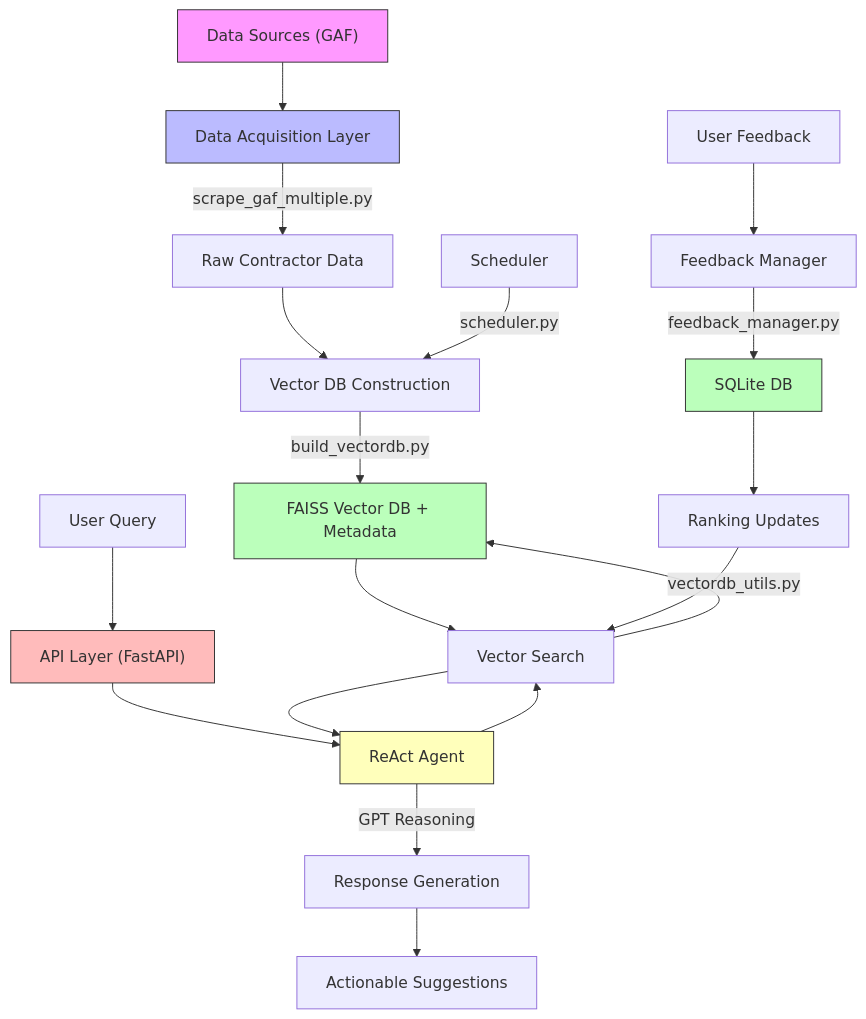
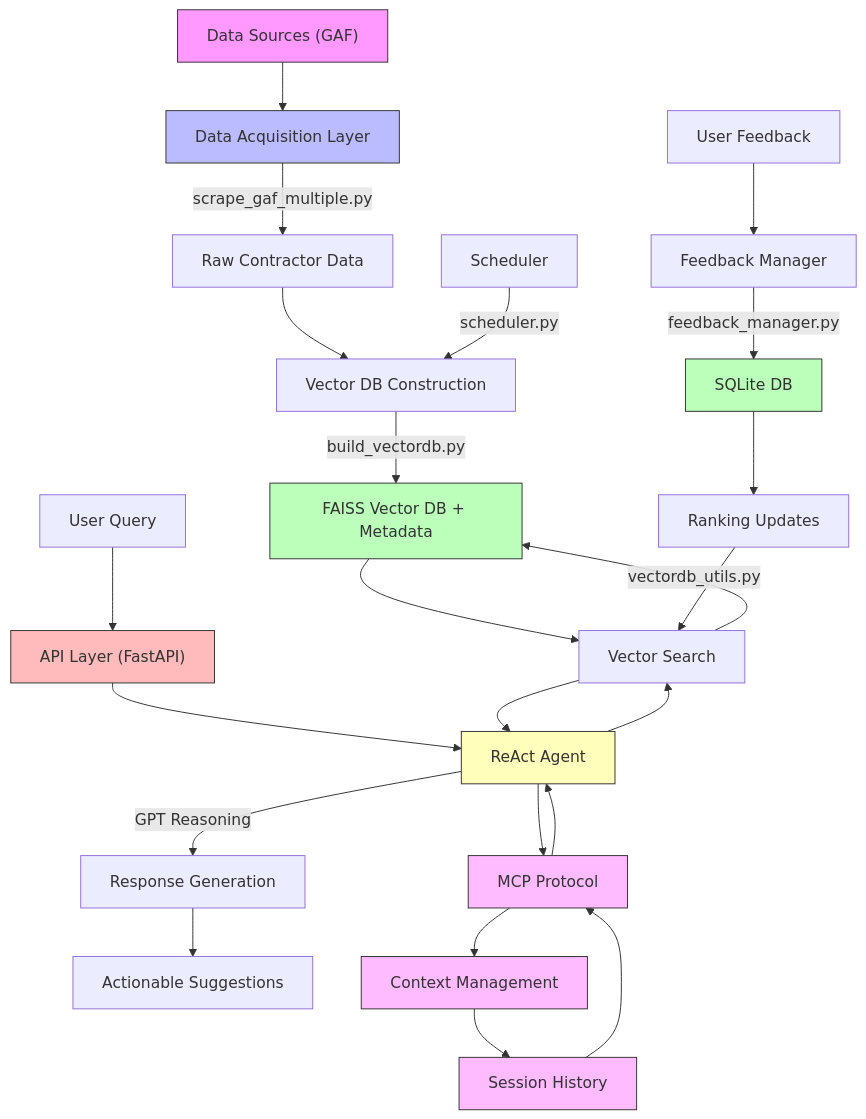
One commit to icecreamlun/GFA_AI changed the diagram in README.md. Above: the diagram before and after it, drawn with Mermaid. The commit also changed other lines of this file and 3 other files, not shown here.

````diff
--- a/README.md
+++ b/README.md
@@ -17,31 +18,40 @@
 ```mermaid
 graph TD
     A["Data Sources (GAF)"] --> B["Data Acquisition Layer"]
     B --> |scrape_gaf_multiple.py| C["Raw Contractor Data"]
     C --> D["Vector DB Construction"]
     D --> |build_vectordb.py| E["FAISS Vector DB + Metadata"]
     
     F["Scheduler"] --> |scheduler.py| D
     
     G["User Query"] --> H["API Layer (FastAPI)"]
     H --> I["ReAct Agent"]
     I --> J["Vector Search"]
     J --> |vectordb_utils.py| E
     E --> J
     J --> I
     I --> |GPT Reasoning| K["Response Generation"]
     K --> L["Actionable Suggestions"]
     
     M["User Feedback"] --> N["Feedback Manager"]
     N --> |feedback_manager.py| O["SQLite DB"]
     O --> P["Ranking Updates"]
     P --> J
 
+    Q["MCP Protocol"] --> I
+    I --> Q
+    Q --> R["Context Management"]
+    R --> S["Session History"]
+    S --> Q
+
 %% System components
 style A fill:#f9f,stroke:#333
 style B fill:#bbf,stroke:#333
 style E fill:#bfb,stroke:#333
 style H fill:#fbb,stroke:#333
 style I fill:#ffb,stroke:#333
 style O fill:#bfb,stroke:#333
+style Q fill:#fbf,stroke:#333
+style R fill:#fbf,stroke:#333
+style S fill:#fbf,stroke:#333
 ```
````
